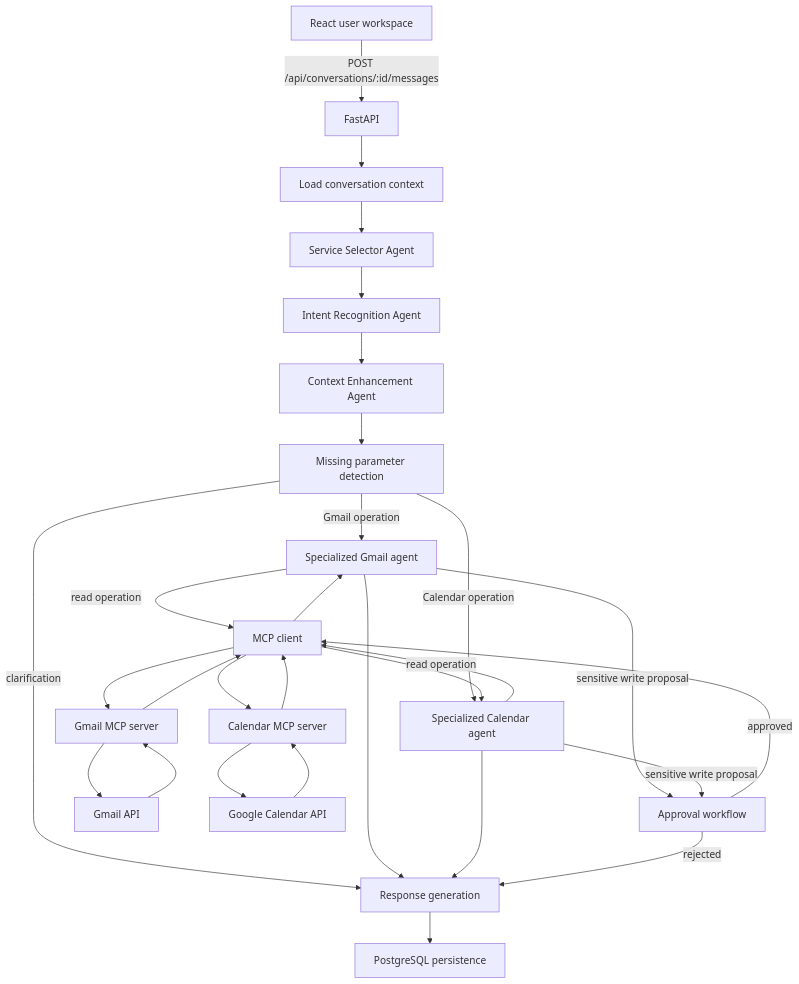
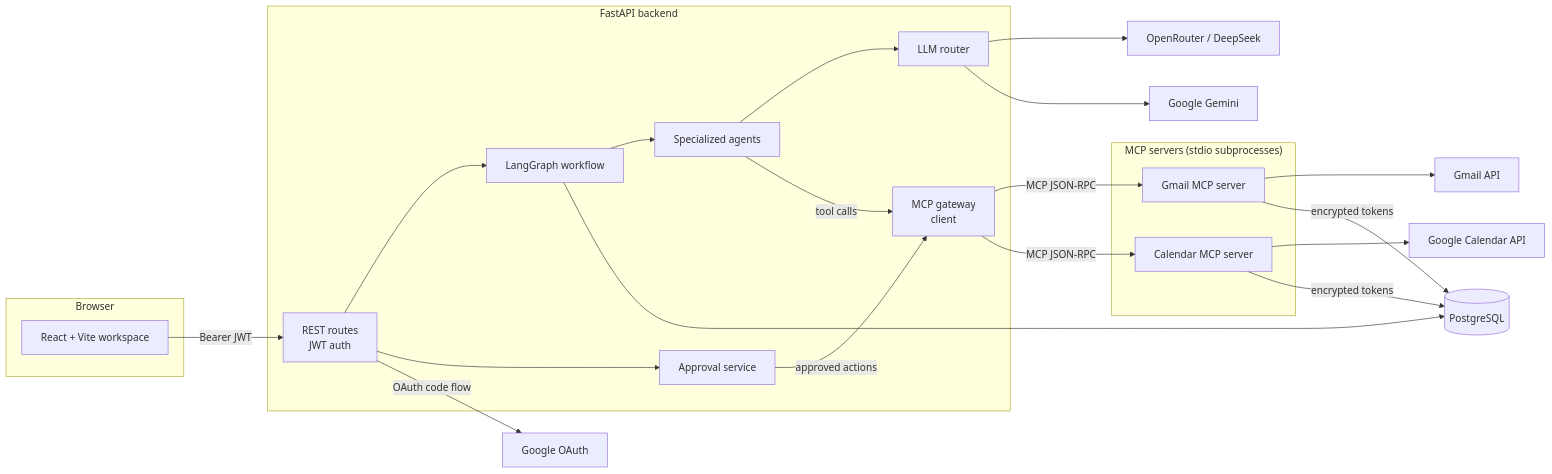
Before and after one commit to harika88388/agentic-workflow-assistant: the first of 5 diagrams in README.md, drawn with Mermaid. The commit also changed other lines of this file, not shown here.

````diff
--- a/README.md
+++ b/README.md
@@ -64,31 +95,41 @@
 ```mermaid
-flowchart TD
-    U[React user workspace] -->|POST /api/conversations/:id/messages| API[FastAPI]
-    API --> C[Load conversation context]
-    C --> S[Service Selector Agent]
-    S --> I[Intent Recognition Agent]
-    I --> X[Context Enhancement Agent]
-    X --> V[Missing parameter detection]
-    V -->|clarification| R[Response generation]
-    V -->|Gmail operation| G[Specialized Gmail agent]
-    V -->|Calendar operation| CA[Specialized Calendar agent]
-    G -->|read operation| MCP[MCP client]
-    CA -->|read operation| MCP
-    G -->|sensitive write proposal| A[Approval workflow]
-    CA -->|sensitive write proposal| A
-    MCP --> GS[Gmail MCP server]
-    MCP --> CS[Calendar MCP server]
-    GS --> GA[Gmail API]
-    CS --> CV[Google Calendar API]
-    GA --> GS
-    CV --> CS
-    GS --> MCP
-    CS --> MCP
-    MCP --> G
-    MCP --> CA
-    G --> R
-    CA --> R
-    R --> P[PostgreSQL persistence]
-    A -->|approved| MCP
-    A -->|rejected| R
+flowchart LR
+    subgraph Browser
+        UI[React + Vite workspace]
+    end
+
+    subgraph Backend["FastAPI backend"]
+        API[REST routes<br/>JWT auth]
+        WF[LangGraph workflow]
+        AG[Specialized agents]
+        LLM[LLM router]
+        GW[MCP gateway<br/>client]
+        APR[Approval service]
+    end
+
+    subgraph MCP["MCP servers (stdio subprocesses)"]
+        GS[Gmail MCP server]
+        CS[Calendar MCP server]
+    end
+
+    DB[(PostgreSQL)]
+    OR[OpenRouter / DeepSeek]
+    GE[Google Gemini]
+    GA[Gmail API]
+    GC[Google Calendar API]
+    GO[Google OAuth]
+
+    UI -- Bearer JWT --> API
+    API --> WF --> AG
+    AG --> LLM
+    LLM --> OR & GE
+    AG -- tool calls --> GW
+    APR -- approved actions --> GW
+    GW -- MCP JSON-RPC --> GS & CS
+    GS --> GA
+    CS --> GC
+    GS & CS -- encrypted tokens --> DB
+    API --> APR
+    WF --> DB
+    API -- OAuth code flow --> GO
 ```
````
